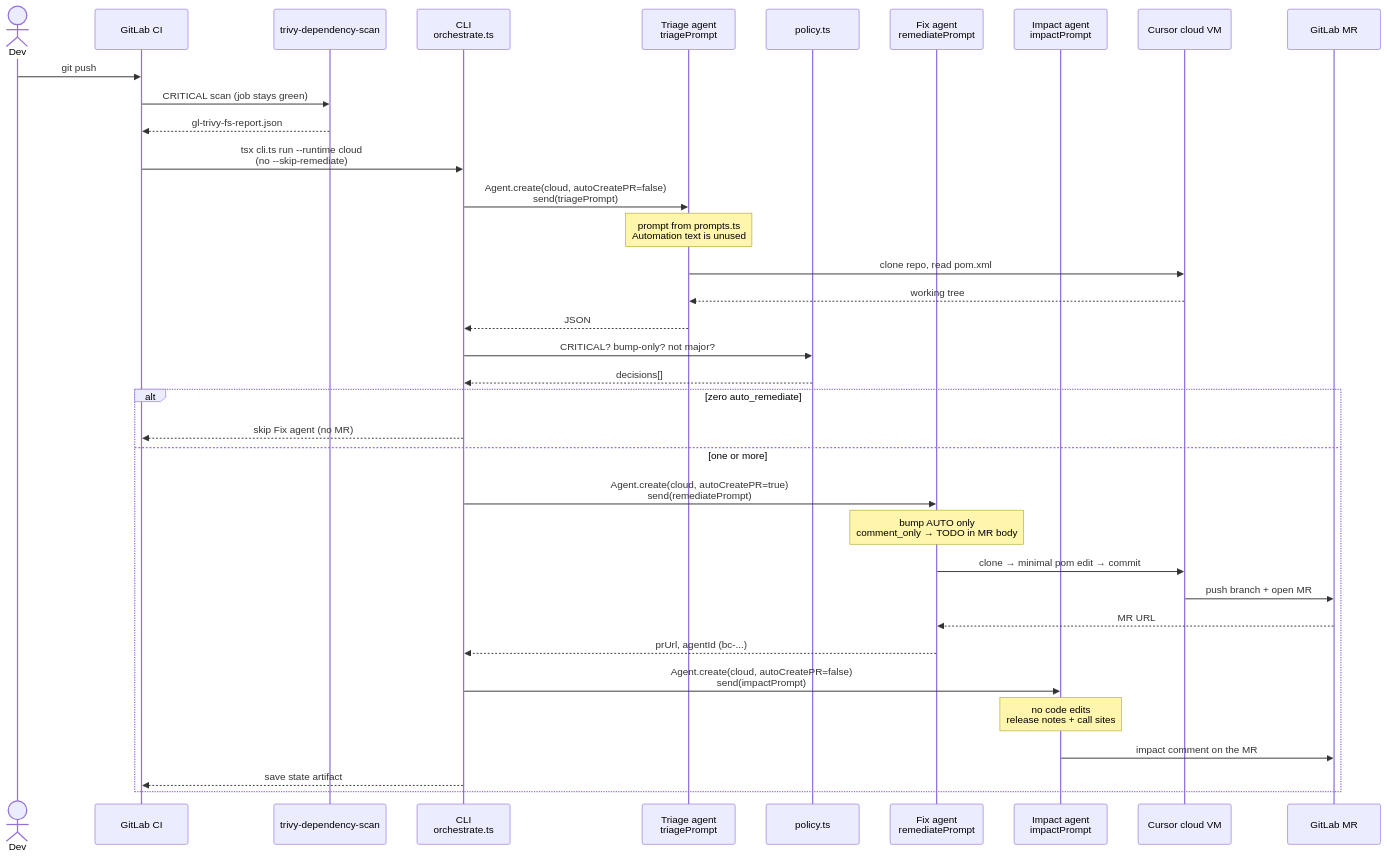
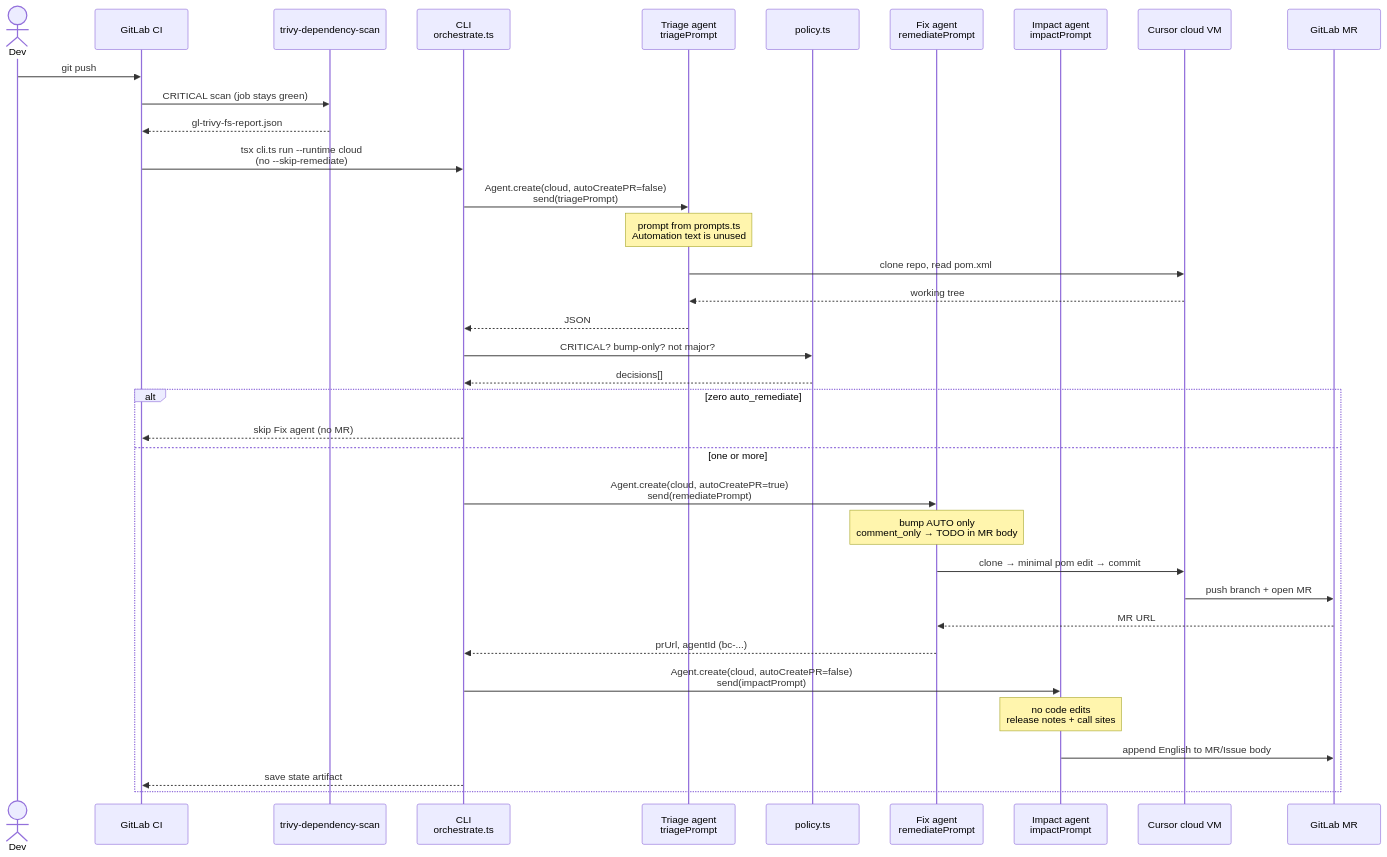
The second of 5 diagrams in cursor-sdk/SEQUENCE.md (Acme-finance-demo/spring-petclinic-cursor), drawn with Mermaid before and after one commit. The commit also changed other lines of this file and 6 other files, not shown here.

First line of the commit message:
Append English upgrade-impact analysis to the MR and Issue body.

````diff
--- a/cursor-sdk/SEQUENCE.md
+++ b/cursor-sdk/SEQUENCE.md
@@ -73,43 +73,43 @@
 ```mermaid
 sequenceDiagram
     actor Dev
     participant GL as GitLab CI
     participant Scan as trivy-dependency-scan
     participant CLI as CLI<br/>orchestrate.ts
     participant Triage as Triage agent<br/>triagePrompt
     participant Policy as policy.ts
     participant Fix as Fix agent<br/>remediatePrompt
     participant Impact as Impact agent<br/>impactPrompt
     participant Cursor as Cursor cloud VM
     participant GitLab as GitLab MR
 
     Dev->>GL: git push
     GL->>Scan: CRITICAL scan (job stays green)
     Scan-->>GL: gl-trivy-fs-report.json
 
     GL->>CLI: tsx cli.ts run --runtime cloud<br/>(no --skip-remediate)
 
     CLI->>Triage: Agent.create(cloud, autoCreatePR=false)<br/>send(triagePrompt)
     Note over Triage: prompt from prompts.ts<br/>Automation text is unused
     Triage->>Cursor: clone repo, read pom.xml
     Cursor-->>Triage: working tree
     Triage-->>CLI: JSON
 
     CLI->>Policy: CRITICAL? bump-only? not major?
     Policy-->>CLI: decisions[]
 
     alt zero auto_remediate
         CLI-->>GL: skip Fix agent (no MR)
     else one or more
         CLI->>Fix: Agent.create(cloud, autoCreatePR=true)<br/>send(remediatePrompt)
         Note over Fix: bump AUTO only<br/>comment_only → TODO in MR body
         Fix->>Cursor: clone → minimal pom edit → commit
         Cursor->>GitLab: push branch + open MR
         GitLab-->>Fix: MR URL
         Fix-->>CLI: prUrl, agentId (bc-...)
         CLI->>Impact: Agent.create(cloud, autoCreatePR=false)<br/>send(impactPrompt)
         Note over Impact: no code edits<br/>release notes + call sites
-        Impact->>GitLab: impact comment on the MR
+        Impact->>GitLab: append English to MR/Issue body
         CLI-->>GL: save state artifact
     end
 ```
````
